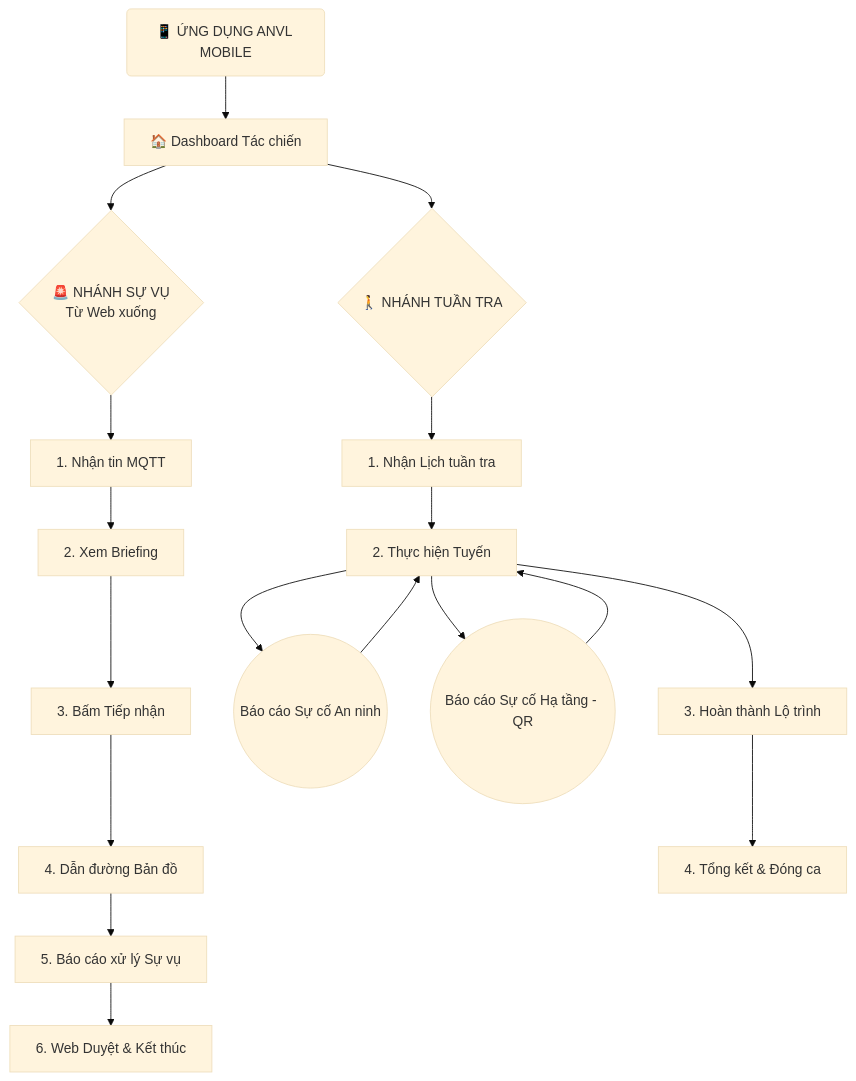
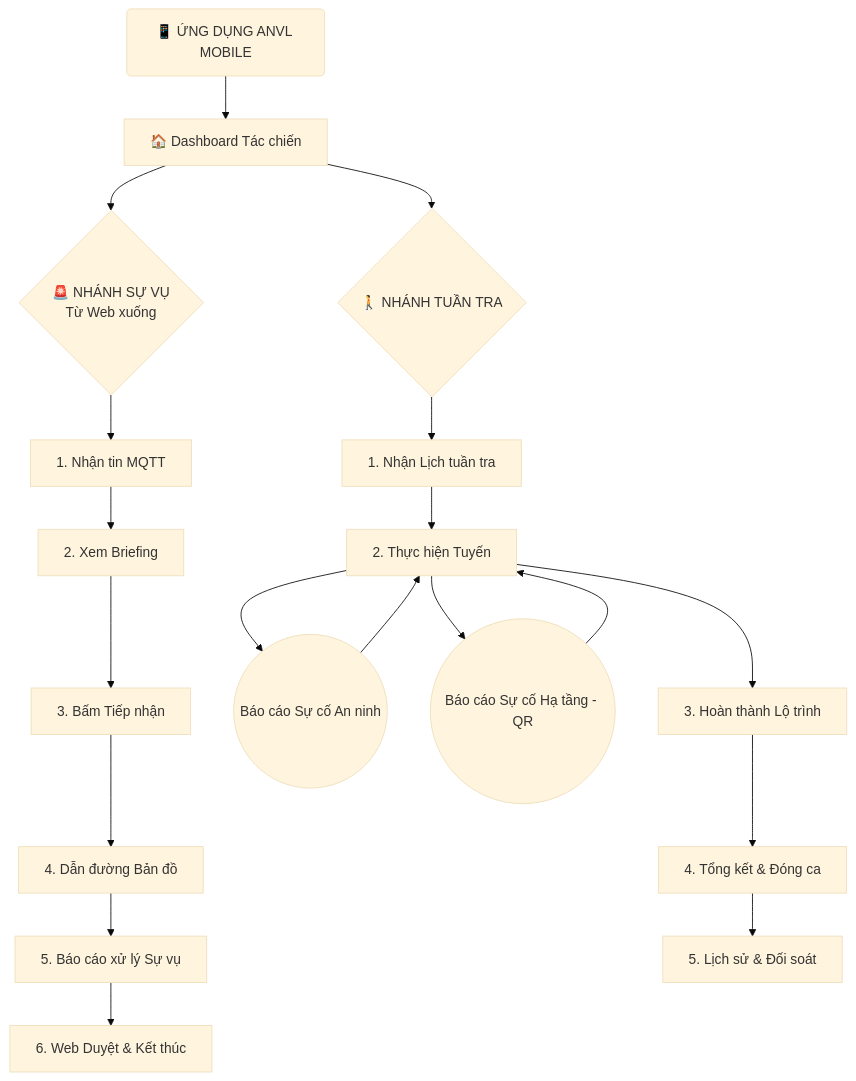
Before and after one commit to huynhtuanhung2302/Mobile-ANVL: the diagram in anvlmb/docs/brief.md, drawn with Mermaid (base theme). The commit also changed other lines of this file and 16 other files, not shown here.

````diff
--- a/anvlmb/docs/brief.md
+++ b/anvlmb/docs/brief.md
@@ -59,21 +59,22 @@
 ```mermaid
 graph TD
     Start(📱 ỨNG DỤNG ANVL MOBILE) --> Dash[🏠 Dashboard Tác chiến]
 
     Dash --> IncidentBranch{🚨 NHÁNH SỰ VỤ<br/>Từ Web xuống}
     IncidentBranch --> I1[1. Nhận tin MQTT]
     I1 --> I2[2. Xem Briefing]
     I2 --> I3[3. Bấm Tiếp nhận]
     I3 --> I4[4. Dẫn đường Bản đồ]
     I4 --> I5[5. Báo cáo xử lý Sự vụ]
     I5 --> I6[6. Web Duyệt & Kết thúc]
 
     Dash --> PatrolBranch{🚶 NHÁNH TUẦN TRA}
     PatrolBranch --> P1[1. Nhận Lịch tuần tra]
     P1 --> P2[2. Thực hiện Tuyến]
     P2 --> O1((Báo cáo Sự cố An ninh))
     P2 --> O2((Báo cáo Sự cố Hạ tầng - QR))
     O1 & O2 --> P2
     P2 --> P3[3. Hoàn thành Lộ trình]
     P3 --> P4[4. Tổng kết & Đóng ca]
+    P4 --> P5[5. Lịch sử & Đối soát]
 ```
````
